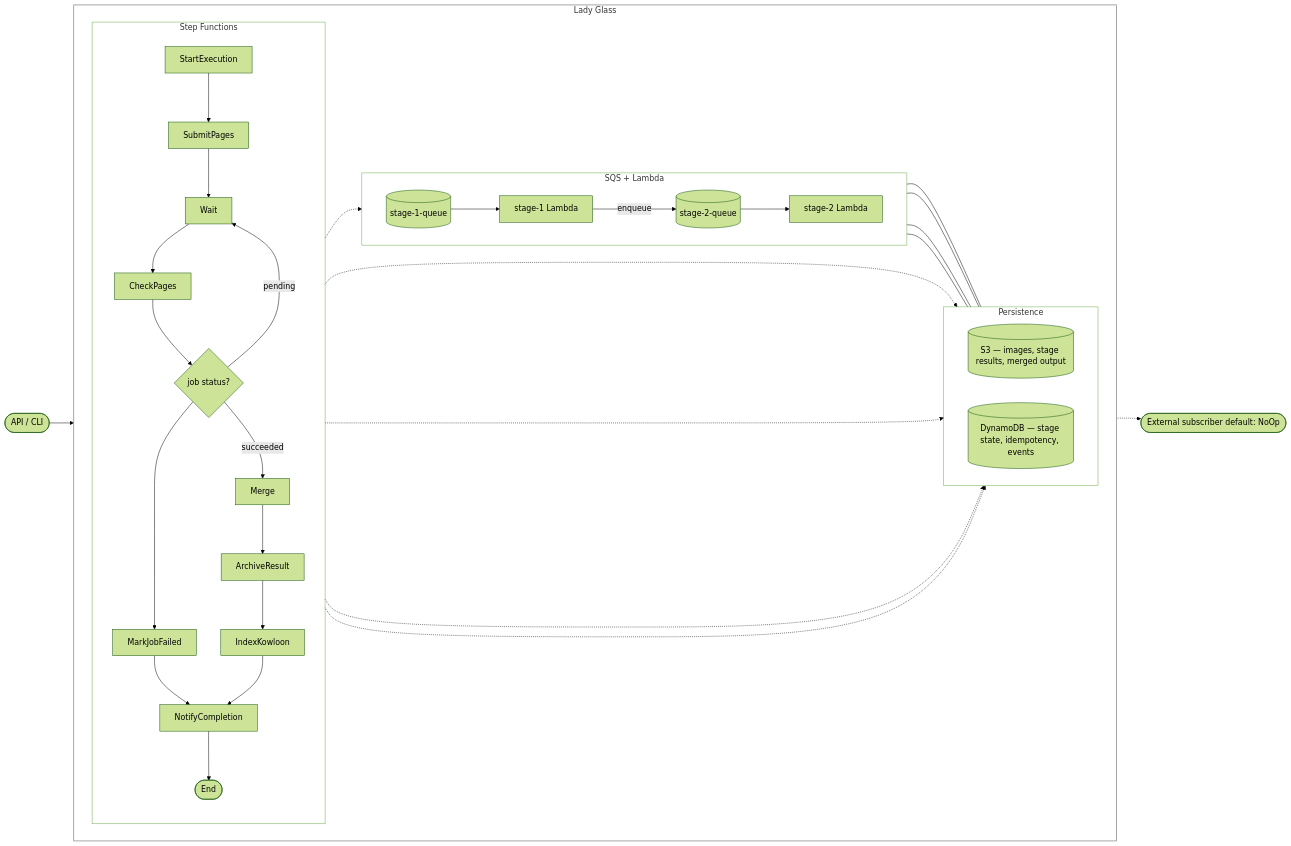
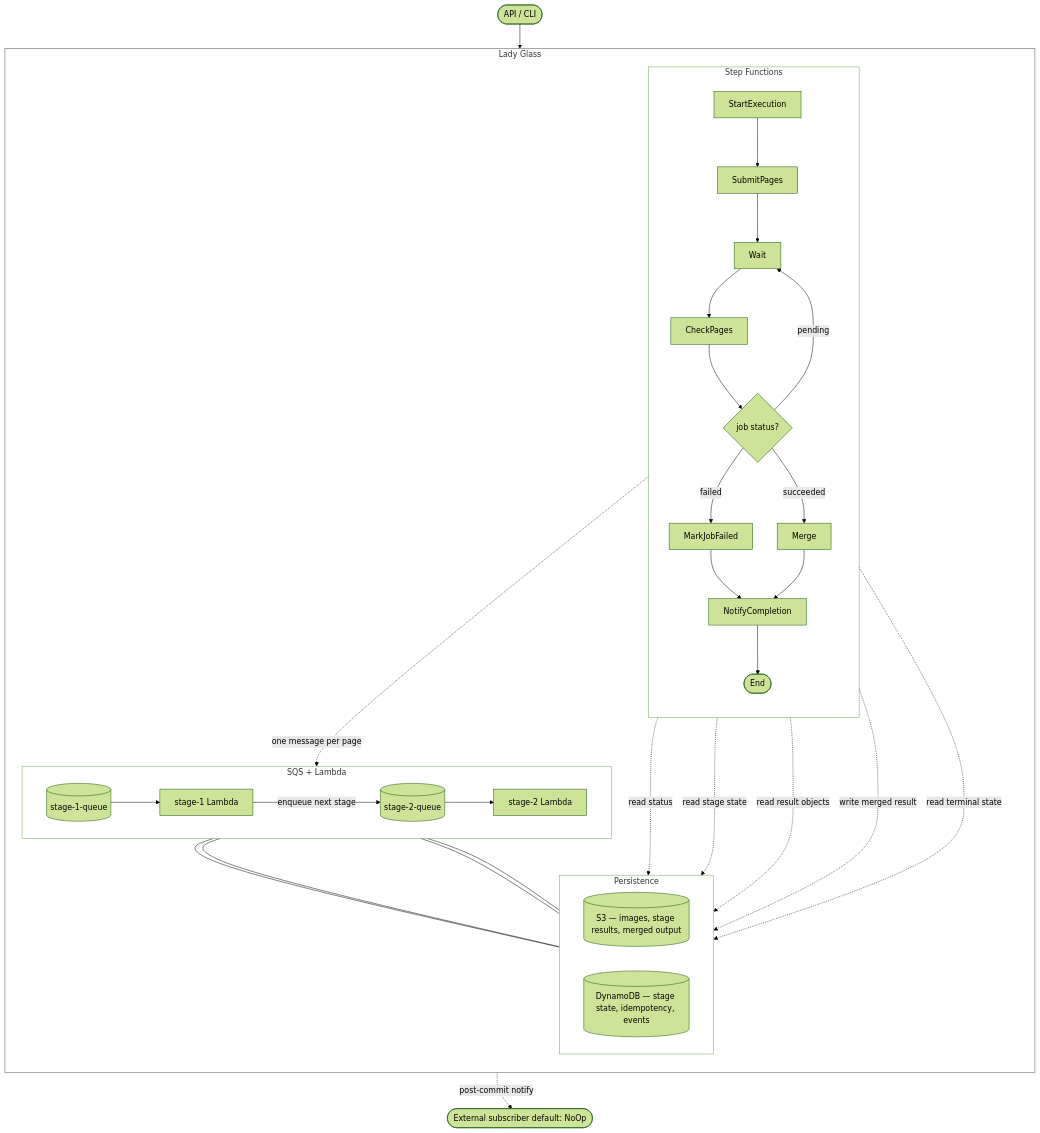
The diagram in README.md (keix/lady-glass), drawn with Mermaid (forest theme) before and after one commit.

Commit message:
README: revert architecture mermaid to the pre-Kowloon shape
The iterative attempts to fit ArchiveResult and IndexKowloon into the
existing subgraph did not converge on a render worth shipping. Back
out the mermaid to the version that was on main before this branch,
so the diagram tells a truthful story of a single-terminal SFN while
the workflow-step additions live in code and prose.

Reverts:
  - flowchart / LG direction LR → TB
  - Merge → ArchiveResult → IndexKowloon → Notify → Merge → Notify
  - dotted-arrow label restoration on SFN → S3/DDB edges
  - "enqueue next stage" label on the CHAIN → CHAIN edge

````diff
--- a/README.md
+++ b/README.md
@@ -19,58 +19,57 @@
 ```mermaid
-flowchart LR
+flowchart TB
     User([API / CLI]) --> StartExec[StartExecution]
 
     subgraph LG["Lady Glass"]
-        direction LR
+        direction TB
 
         subgraph SFN["Step Functions"]
             direction TB
             StartExec --> SubmitPages
             SubmitPages --> WaitLoop[Wait]
             WaitLoop --> CheckPages
             CheckPages --> Choice{job status?}
             Choice -- pending --> WaitLoop
-            Choice --> MarkFailed[MarkJobFailed]
+            Choice -- failed --> MarkFailed[MarkJobFailed]
             Choice -- succeeded --> Merge
             MarkFailed --> Notify[NotifyCompletion]
-            Merge --> Archive[ArchiveResult]
-            Archive --> Index[IndexKowloon]
-            Index --> Notify[NotifyCompletion]
+            Merge --> Notify
             Notify --> Done([End])
         end
 
         subgraph CHAIN["SQS + Lambda"]
             direction LR
             Q1[(stage-1-queue)] --> L1[stage-1 Lambda]
-            L1 -- enqueue --> Q2[(stage-2-queue)]
+            L1 -- enqueue next stage --> Q2[(stage-2-queue)]
             Q2 --> L2[stage-2 Lambda]
         end
 
         subgraph PERSIST["Persistence"]
             direction LR
             S3[(S3 — images, stage results, merged output)]
             DDB[(DynamoDB — stage state, idempotency, events)]
         end
     end
 
     Subscriber([External subscriber default: NoOp])
 
-    SubmitPages -.-> Q1
-    CheckPages -.-> DDB
-    Merge -.-> DDB
-    Merge -.-> S3
-    Notify -.-> DDB
-    Notify -.-> Subscriber
+    SubmitPages -. one message per page .-> Q1
+    CheckPages -. read status .-> DDB
+    Merge -. read stage state .-> DDB
+    Merge -. read result objects .-> S3
+    Merge -. write merged result .-> S3
+    Notify -. read terminal state .-> DDB
+    Notify -. post-commit notify .-> Subscriber
 
     L1 --- S3
     L1 --- DDB
     L2 --- S3
     L2 --- DDB
 
     Done ~~~ Subscriber
 
     style LG fill:none,stroke:#888,stroke-width:1.5px
     style SFN fill:none
     style CHAIN fill:none
     style PERSIST fill:none
 ```
````
